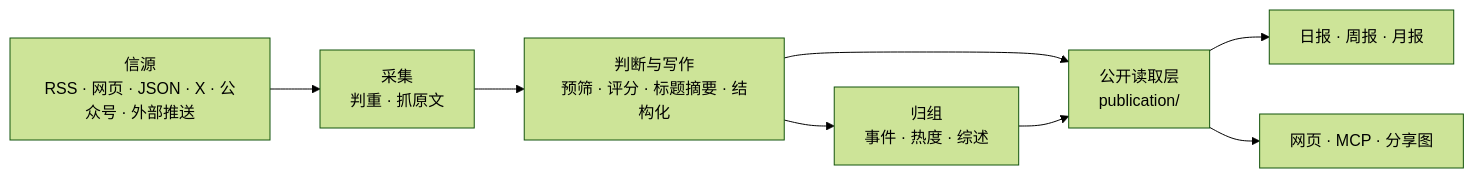
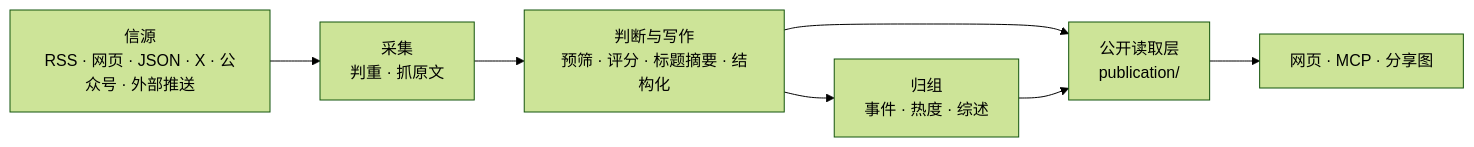
Before and after one commit to ttm43/myhot: the diagram in docs/architecture.md, drawn with Mermaid (forest theme). The commit also changed other lines of this file and 69 other files, not shown here.

````diff
--- a/docs/architecture.md
+++ b/docs/architecture.md
@@ -3,10 +3,9 @@
 ```mermaid
 flowchart LR
   S["信源<br/>RSS · 网页 · JSON · X · 公众号 · 外部推送"] --> C["采集<br/>判重 · 抓原文"]
   C --> J["判断与写作<br/>预筛 · 评分 · 标题摘要 · 结构化"]
   J --> G["归组<br/>事件 · 热度 · 综述"]
   J --> P["公开读取层<br/>publication/"]
   G --> P
-  P --> R["日报 · 周报 · 月报"]
   P --> O["网页 · MCP · 分享图"]
 ```
````
